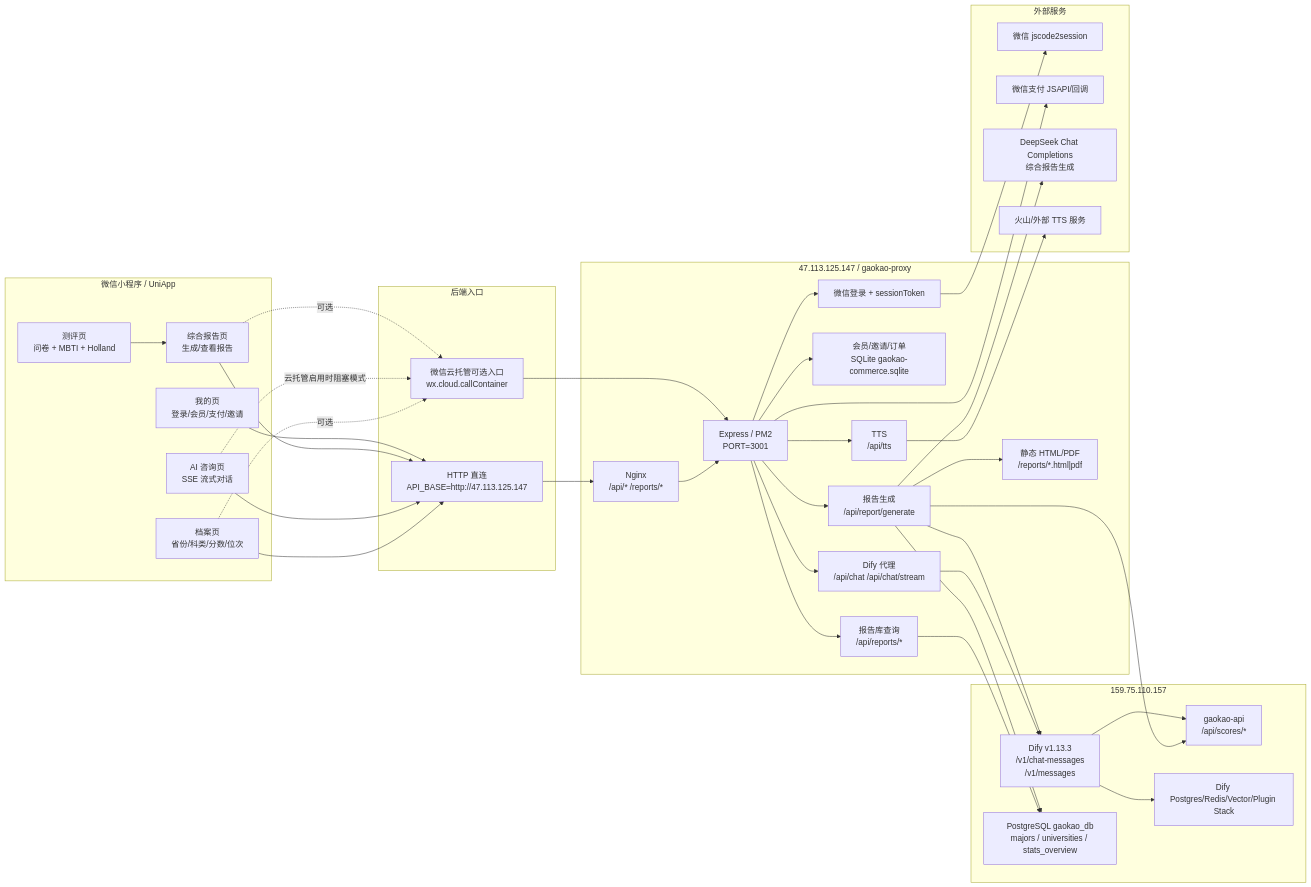
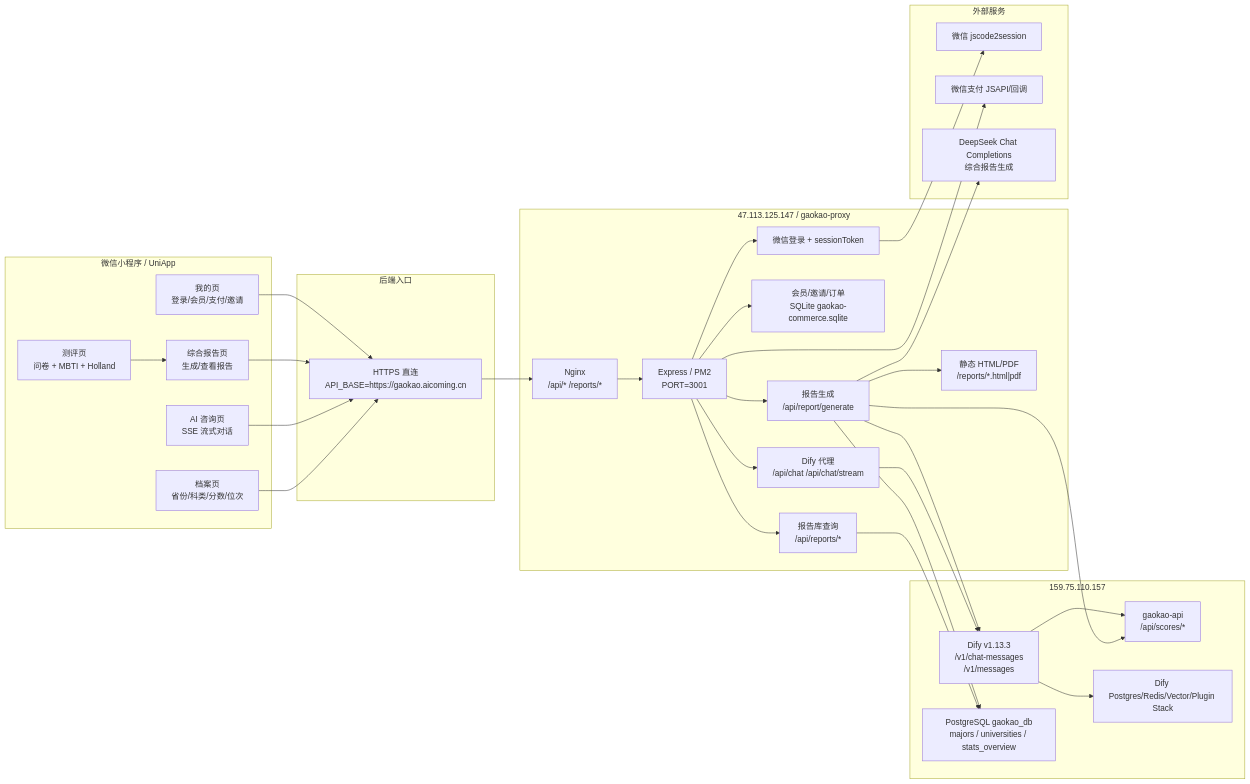
One commit to hrj-11055/gaokao-zhiyuan-agents changed the first of 10 diagrams in docs/miniprogram-call-chain-visual.md. Above: the diagram before and after it, drawn with Mermaid. The commit also changed other lines of this file and 44 other files, not shown here.

````diff
--- a/docs/miniprogram-call-chain-visual.md
+++ b/docs/miniprogram-call-chain-visual.md
@@ -9,67 +9,59 @@
 ```mermaid
 flowchart LR
   subgraph MP["微信小程序 / UniApp"]
     Profile["档案页\n省份/科类/分数/位次"]
     Chat["AI 咨询页\nSSE 流式对话"]
     Assess["测评页\n问卷 + MBTI + Holland"]
     Report["综合报告页\n生成/查看报告"]
     Member["我的页\n登录/会员/支付/邀请"]
   end
 
   subgraph Entry["后端入口"]
-    Http["HTTP 直连\nAPI_BASE=http://47.113.125.147"]
-    Cloud["微信云托管可选入口\nwx.cloud.callContainer"]
+    Http["HTTPS 直连\nAPI_BASE=https://gaokao.aicoming.cn"]
   end
 
   subgraph Proxy47["47.113.125.147 / gaokao-proxy"]
     Nginx["Nginx\n/api/* /reports/*"]
     Express["Express / PM2\nPORT=3001"]
     Auth["微信登录 + sessionToken"]
     Commerce["会员/邀请/订单\nSQLite gaokao-commerce.sqlite"]
     ChatProxy["Dify 代理\n/api/chat /api/chat/stream"]
     ReportGen["报告生成\n/api/report/generate"]
     ReportQuery["报告库查询\n/api/reports/*"]
     StaticReports["静态 HTML/PDF\n/reports/*.html|pdf"]
-    TTS["TTS\n/api/tts"]
   end
 
   subgraph Server159["159.75.110.157"]
     Dify["Dify v1.13.3\n/v1/chat-messages\n/v1/messages"]
     GaokaoApi["gaokao-api\n/api/scores/*"]
     ReportPg["PostgreSQL gaokao_db\nmajors / universities / stats_overview"]
     DifyStack["Dify Postgres/Redis/Vector/Plugin Stack"]
   end
 
   subgraph External["外部服务"]
     WechatAuth["微信 jscode2session"]
     WechatPay["微信支付 JSAPI/回调"]
     DeepSeek["DeepSeek Chat Completions\n综合报告生成"]
-    VolcTTS["火山/外部 TTS 服务"]
   end
 
   Profile --> Http
   Chat --> Http
   Assess --> Report
   Report --> Http
   Member --> Http
-  Profile -.->|可选| Cloud
-  Chat -.->|云托管启用时阻塞模式| Cloud
-  Report -.->|可选| Cloud
 
   Http --> Nginx --> Express
-  Cloud --> Express
 
   Express --> Auth --> WechatAuth
   Express --> Commerce
   Express --> ChatProxy --> Dify
   Express --> ReportQuery --> ReportPg
   Express --> ReportGen --> ReportPg
   ReportGen --> GaokaoApi
   ReportGen --> Dify
   ReportGen --> DeepSeek
   ReportGen --> StaticReports
-  Express --> TTS --> VolcTTS
   Express --> WechatPay
   Dify --> GaokaoApi
   Dify --> DifyStack
 ```
````
